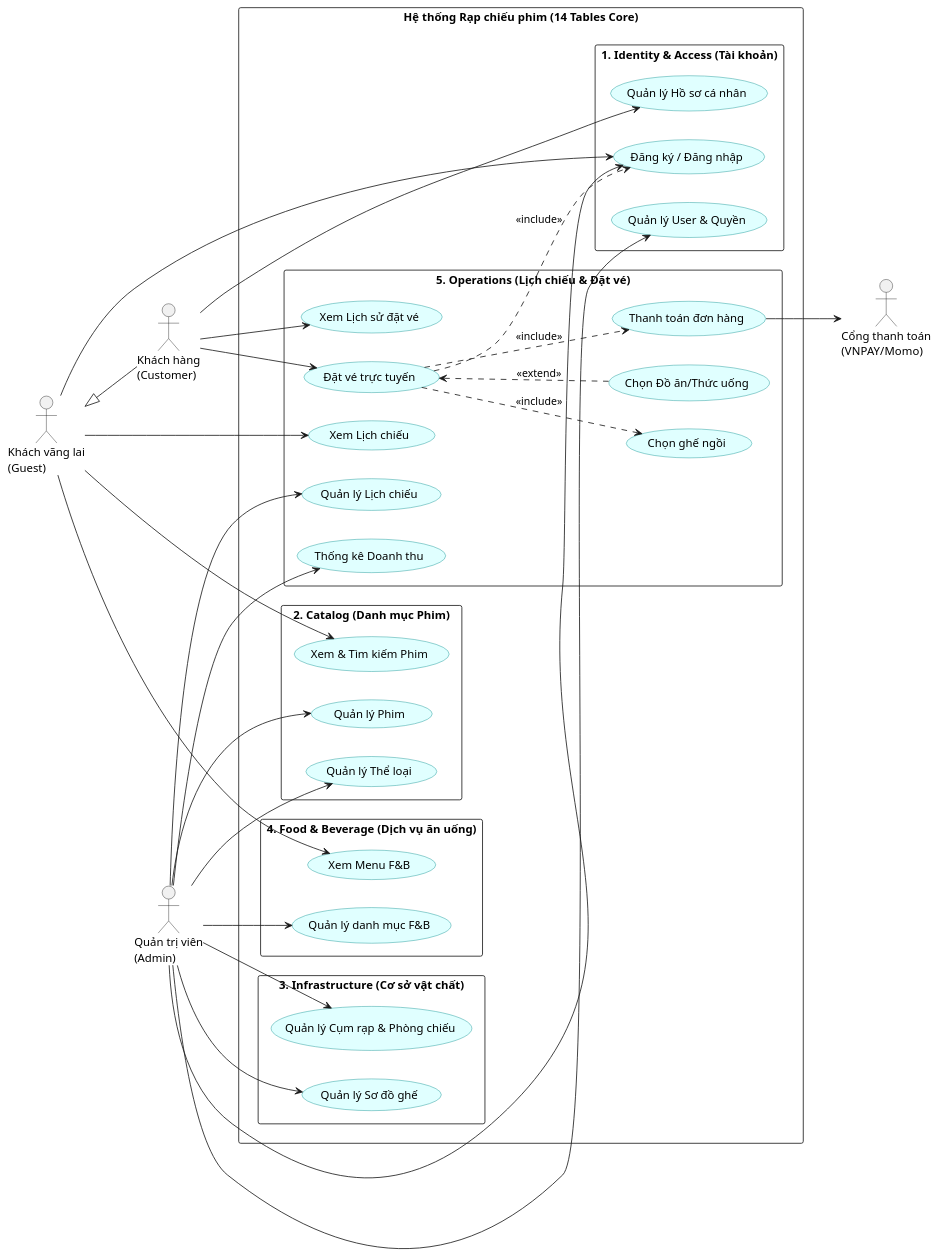
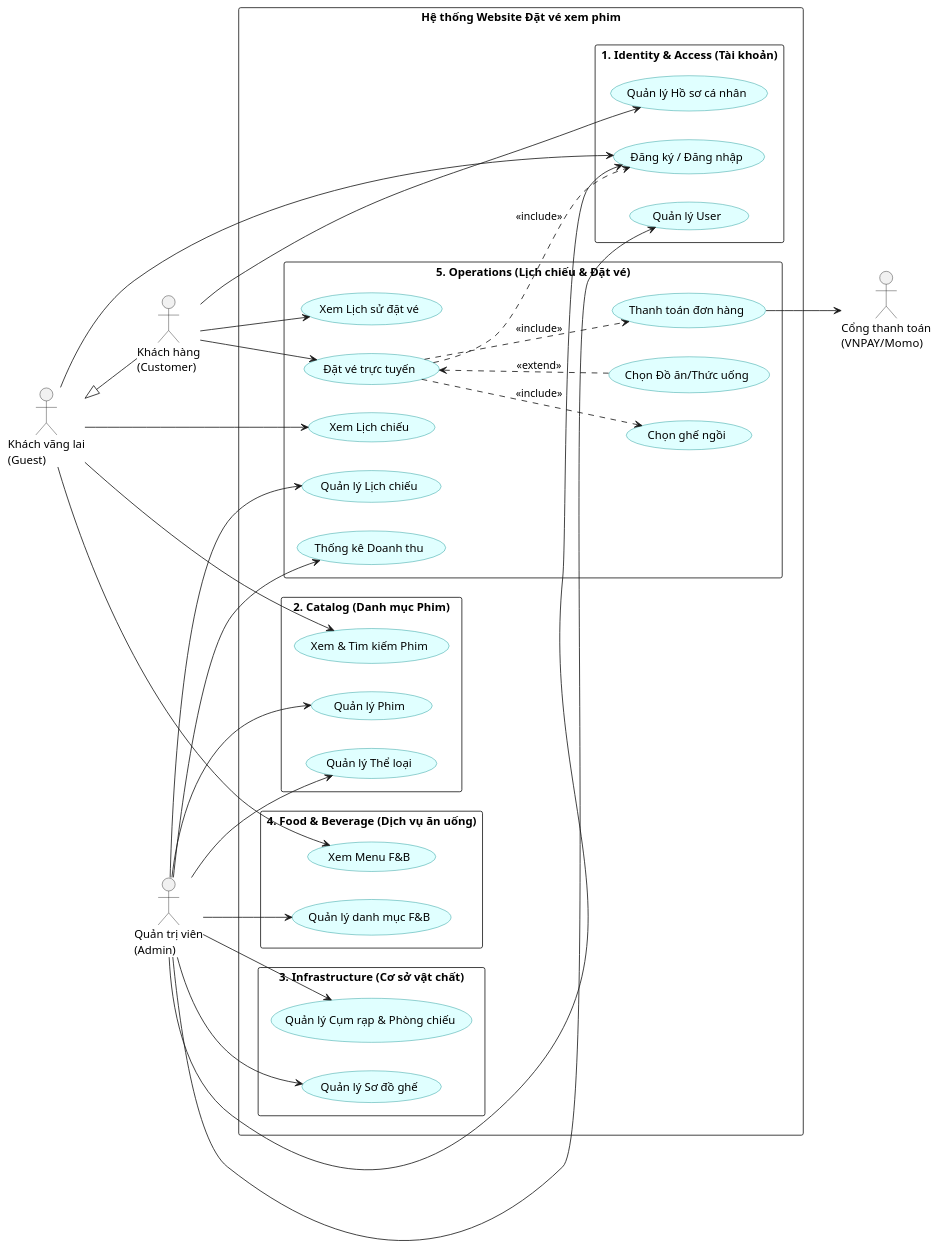
The diagram in uml/UseCase.puml (minhat5/MeCinema), drawn with PlantUML before and after one commit. The commit also changed 23 other files, not shown here.

```diff
--- a/uml/UseCase.puml
+++ b/uml/UseCase.puml
@@ -1,87 +1,87 @@
 @startuml
 left to right direction
 skinparam packageStyle rectangle
 skinparam usecase {
     BackgroundColor LightCyan
     BorderColor DarkCyan
 }
 
 actor "Khách vãng lai\n(Guest)" as Guest
 actor "Khách hàng\n(Customer)" as Customer
 actor "Quản trị viên\n(Admin)" as Admin
 actor "Cổng thanh toán\n(VNPAY/Momo)" as PG
 
 Guest <|-- Customer
 
-rectangle "Hệ thống Rạp chiếu phim (14 Tables Core)" {
+rectangle "Hệ thống Website Đặt vé xem phim" {
 
     package "1. Identity & Access (Tài khoản)" {
         usecase "Đăng ký / Đăng nhập" as UC_Auth
         usecase "Quản lý Hồ sơ cá nhân" as UC_Profile
-        usecase "Quản lý User & Quyền" as UC_ManageUsers
+        usecase "Quản lý User" as UC_ManageUsers
     }
 
     package "2. Catalog (Danh mục Phim)" {
         usecase "Xem & Tìm kiếm Phim" as UC_ViewMovies
         usecase "Quản lý Phim" as UC_ManageMovies
         usecase "Quản lý Thể loại" as UC_ManageGenres
     }
 
     package "3. Infrastructure (Cơ sở vật chất)" {
         usecase "Quản lý Cụm rạp & Phòng chiếu" as UC_ManageCinemas
         usecase "Quản lý Sơ đồ ghế" as UC_ManageSeats
     }
 
     package "4. Food & Beverage (Dịch vụ ăn uống)" {
         usecase "Xem Menu F&B" as UC_ViewFB
         usecase "Quản lý danh mục F&B" as UC_ManageFB
     }
 
     package "5. Operations (Lịch chiếu & Đặt vé)" {
         usecase "Xem Lịch chiếu" as UC_ViewShowtimes
         usecase "Quản lý Lịch chiếu" as UC_ManageShowtimes
         usecase "Đặt vé trực tuyến" as UC_BookTicket
         usecase "Chọn ghế ngồi" as UC_SelectSeat
         usecase "Chọn Đồ ăn/Thức uống" as UC_SelectFB
         usecase "Thanh toán đơn hàng" as UC_Payment
         usecase "Xem Lịch sử đặt vé" as UC_ViewHistory
         usecase "Thống kê Doanh thu" as UC_Report
     }
 }
 
 ' ==========================================
 ' RELATIONSHIPS
 ' ==========================================
 
 ' Guest
 Guest --> UC_Auth
 Guest --> UC_ViewMovies
 Guest --> UC_ViewFB
 Guest --> UC_ViewShowtimes
 
 ' Customer
 Customer --> UC_Profile
 Customer --> UC_BookTicket
 Customer --> UC_ViewHistory
 
 ' Luồng Đặt vé trực tuyến (Customer)
 UC_BookTicket ..> UC_Auth : <<include>>
 UC_BookTicket ..> UC_SelectSeat : <<include>>
 UC_BookTicket <.. UC_SelectFB : <<extend>>
 UC_BookTicket ..> UC_Payment : <<include>>
 
 ' Thanh toán
 UC_Payment --> PG
 
 ' Admin (Full quyền CRUD)
 Admin --> UC_Auth
 Admin --> UC_ManageUsers
 Admin --> UC_ManageMovies
 Admin --> UC_ManageGenres
 Admin --> UC_ManageCinemas
 Admin --> UC_ManageSeats
 Admin --> UC_ManageFB
 Admin --> UC_ManageShowtimes
 Admin --> UC_Report
 
 @enduml
```
